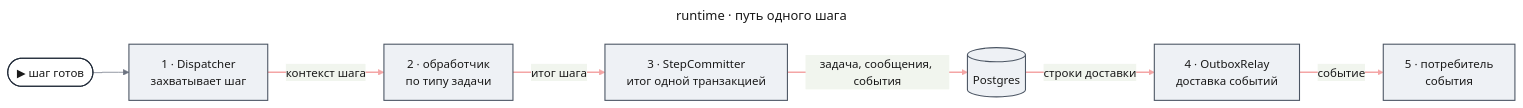
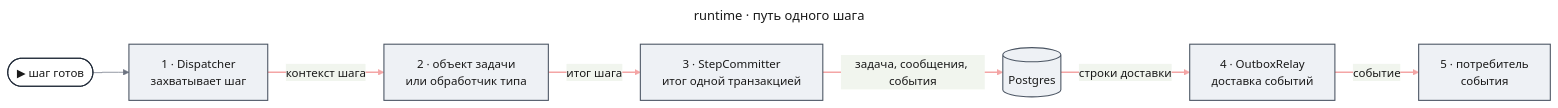
Before and after one commit to tundraray/agent-os: the diagram in docs/code-system/packages/runtime.md, drawn with Mermaid. The commit also changed other lines of this file and 61 other files, not shown here.

````diff
--- a/docs/code-system/packages/runtime.md
+++ b/docs/code-system/packages/runtime.md
@@ -5,45 +5,45 @@
 ```mermaid
 ---
 title: "runtime · путь одного шага"
 config:
   theme: base
   look: classic
   themeVariables:
     primaryColor: "#eef1f5"
     primaryBorderColor: "#4b5563"
     primaryTextColor: "#1a1a1a"
     lineColor: "#6b7280"
   flowchart:
     curve: step
   themeCSS: |
     @keyframes lit_rt{0%,18%{stroke:#991b1b;stroke-width:6px}20%,100%{stroke:#f4a5a5;stroke-width:2px}}
 ---
 flowchart LR
     entry(["▶ шаг готов"])
     disp["1 · Dispatcher<br/>захватывает шаг"]
-    handler["2 · обработчик<br/>по типу задачи"]
+    handler["2 · объект задачи<br/>или обработчик типа"]
     commit["3 · StepCommitter<br/>итог одной транзакцией"]
     pg[("Postgres")]
     relay["4 · OutboxRelay<br/>доставка событий"]
     consumer["5 · потребитель<br/>события"]
     entry --> disp
     disp e1@-->|"контекст шага"| handler
     handler e2@-->|"итог шага"| commit
     commit e3@-->|"задача, сообщения, события"| pg
     pg e4@-->|"строки доставки"| relay
     relay e5@-->|"событие"| consumer
     classDef w1 stroke:#f4a5a5,stroke-width:2px,animation:lit_rt 6s linear 0s infinite
     classDef w2 stroke:#f4a5a5,stroke-width:2px,animation:lit_rt 6s linear 1.2s infinite
     classDef w3 stroke:#f4a5a5,stroke-width:2px,animation:lit_rt 6s linear 2.4s infinite
     classDef w4 stroke:#f4a5a5,stroke-width:2px,animation:lit_rt 6s linear 3.6s infinite
     classDef w5 stroke:#f4a5a5,stroke-width:2px,animation:lit_rt 6s linear 4.8s infinite
     class e1 w1
     class e2 w2
     class e3 w3
     class e4 w4
     class e5 w5
     classDef entry fill:#ffffff,stroke:#1f2937,stroke-width:1.5px,color:#1a1a1a
     classDef unchanged fill:#eef1f5,stroke:#4b5563,stroke-width:1.5px,color:#1a1a1a
     class entry entry
     class disp,handler,commit,pg,relay,consumer unchanged
 ```
````
